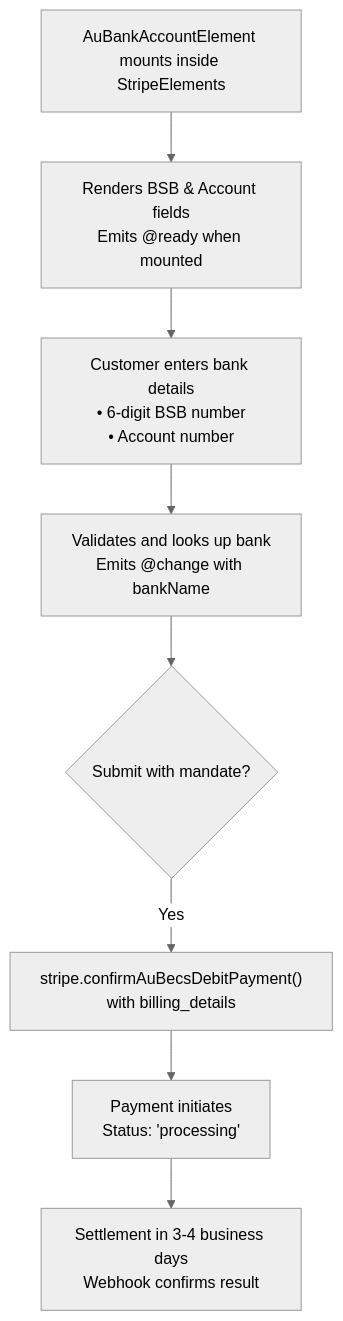
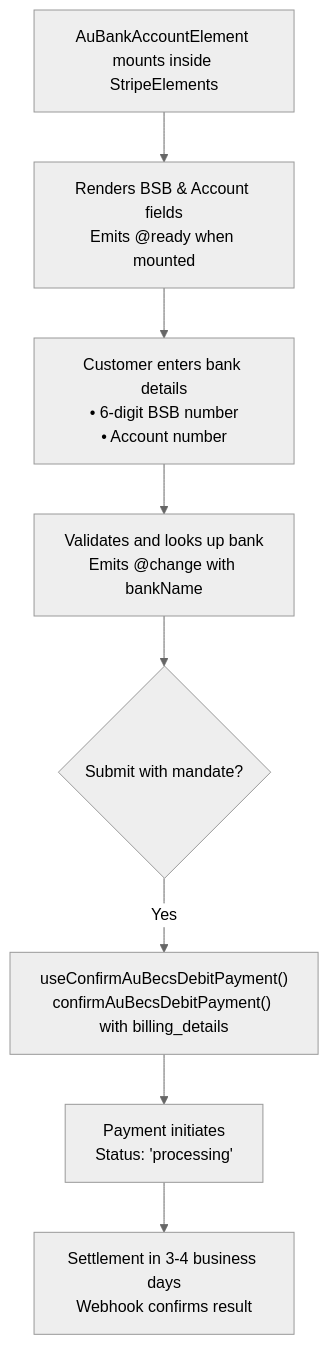
Before and after one commit to vue-stripe/vue-stripe: the diagram in apps/docs/api/components/stripe-au-bank-account-element.md, drawn with Mermaid (neutral theme). The commit also changed other lines of this file and 24 other files, not shown here.

````diff
--- a/apps/docs/api/components/stripe-au-bank-account-element.md
+++ b/apps/docs/api/components/stripe-au-bank-account-element.md
@@ -23,10 +23,10 @@
 ```mermaid
 flowchart TD
     A["AuBankAccountElement mounts inside StripeElements"] --> B["Renders BSB & Account fields<br/>Emits @ready when mounted"]
     B --> C["Customer enters bank details<br/>• 6-digit BSB number<br/>• Account number"]
     C --> D["Validates and looks up bank<br/>Emits @change with bankName"]
     D --> E{Submit with mandate?}
-    E -->|Yes| F["stripe.confirmAuBecsDebitPayment()<br/>with billing_details"]
+    E -->|Yes| F["useConfirmAuBecsDebitPayment()<br/>confirmAuBecsDebitPayment() with billing_details"]
     F --> G["Payment initiates<br/>Status: 'processing'"]
     G --> H["Settlement in 3-4 business days<br/>Webhook confirms result"]
 ```
````
